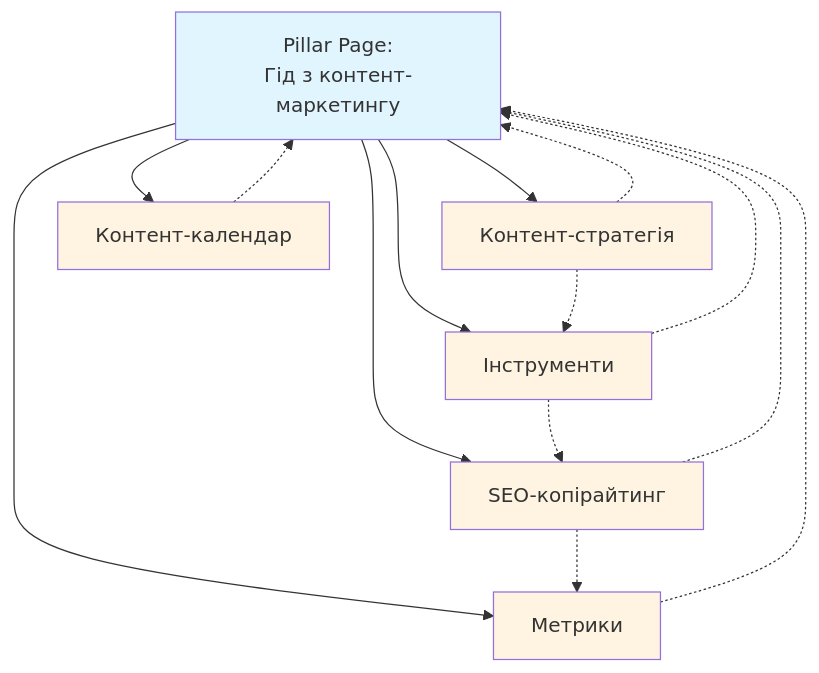
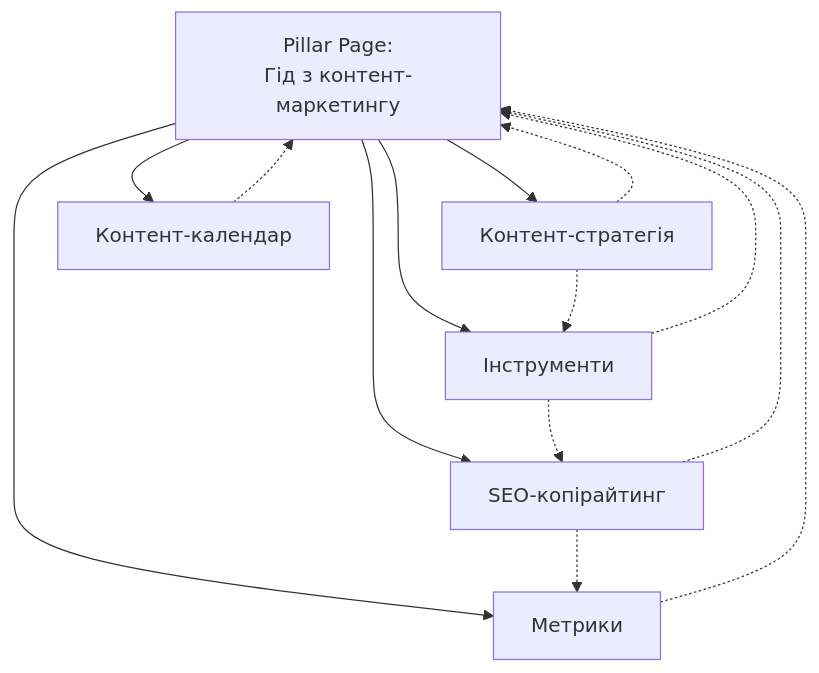
One commit to olroi421/course-seo changed the fourth of 4 diagrams in lectures/lec-03.md. Above: the diagram before and after it, drawn with Mermaid. The commit also changed other lines of this file and 1 other file, not shown here.

````diff
--- a/lectures/lec-03.md
+++ b/lectures/lec-03.md
@@ -736,25 +692,18 @@
 ```mermaid
 graph TD
     A[Pillar Page:<br/>Гід з контент-маркетингу] --> B[Контент-стратегія]
     A --> C[Інструменти]
     A --> D[SEO-копірайтинг]
     A --> E[Метрики]
     A --> F[Контент-календар]
 
     B -.-> A
     C -.-> A
     D -.-> A
     E -.-> A
     F -.-> A
 
     B -.-> C
     C -.-> D
     D -.-> E
-
-    style A fill:#e1f5ff
-    style B fill:#fff4e1
-    style C fill:#fff4e1
-    style D fill:#fff4e1
-    style E fill:#fff4e1
-    style F fill:#fff4e1
 ```
````
